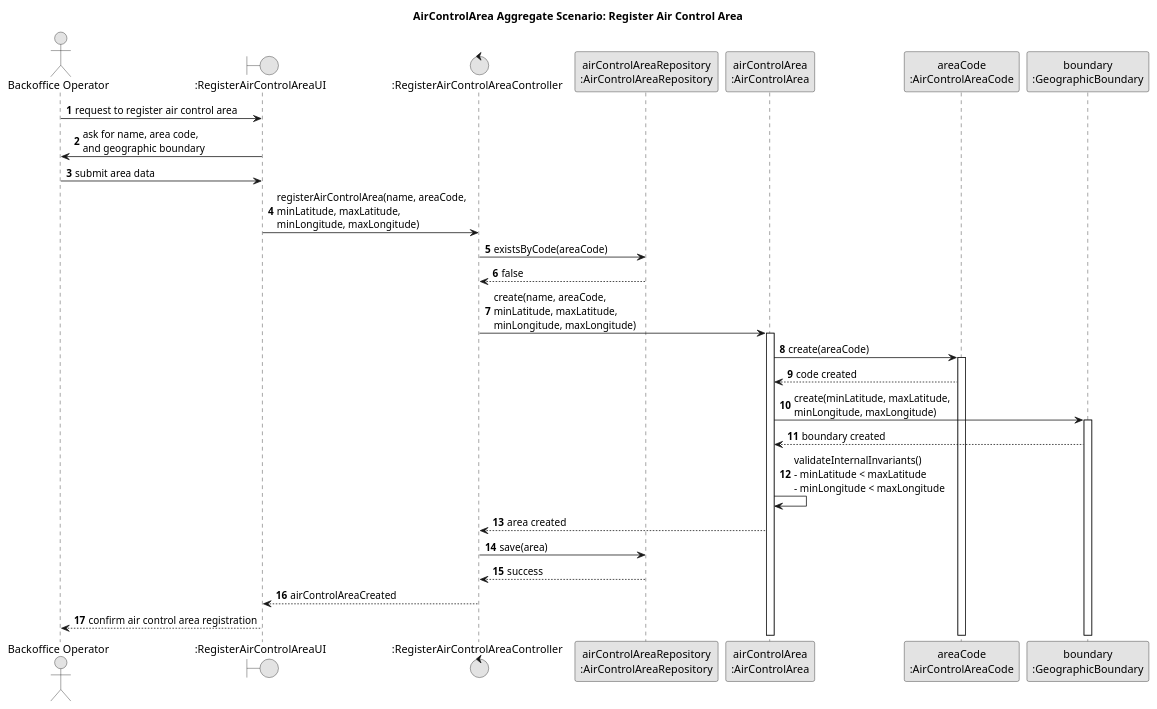
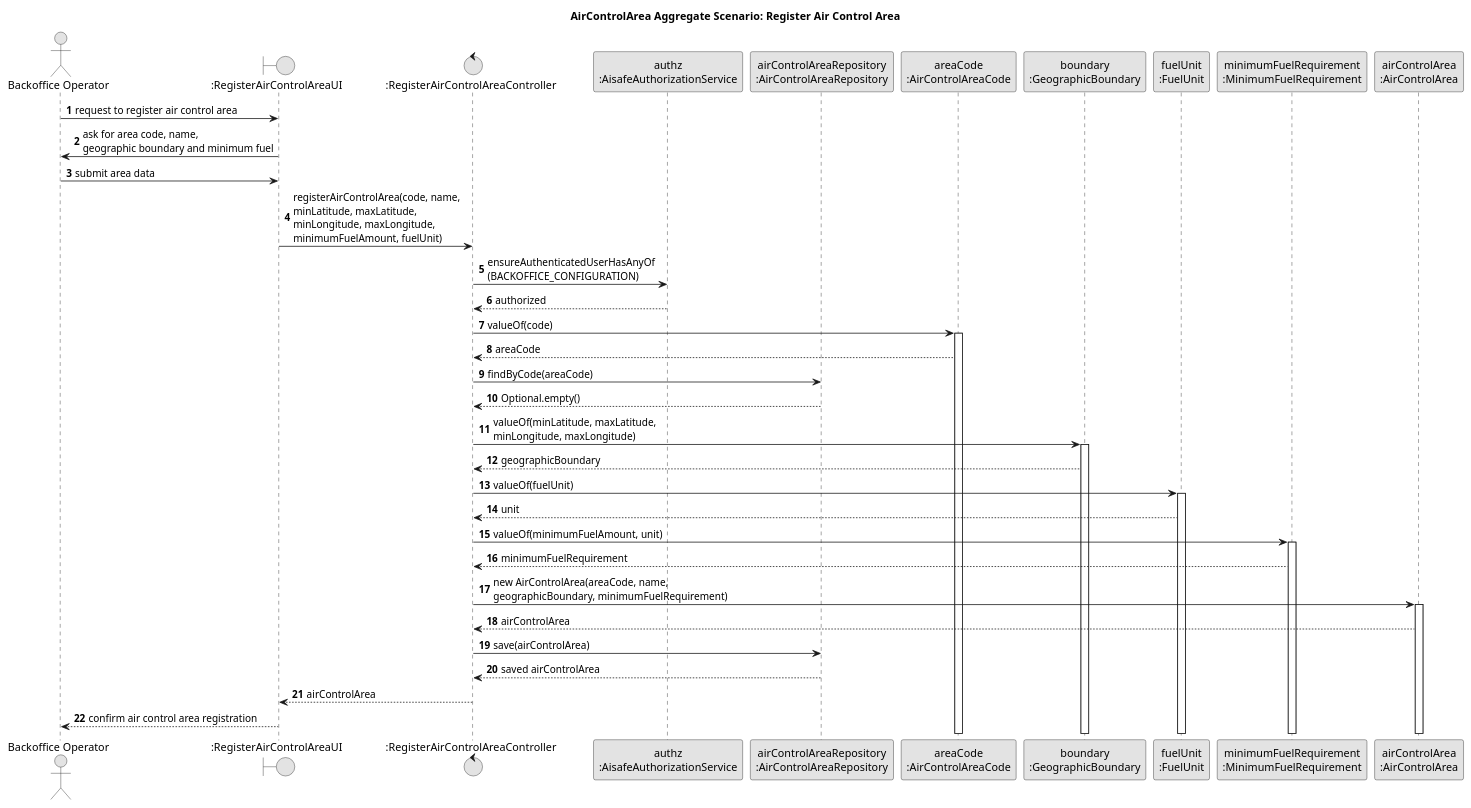
One commit to GustavoFerreira24/flight-management-platform changed the diagram in docs/global-artifacts/03.design/puml/AirControlAreaAggregate-SD.puml. Above: the diagram before and after it, drawn with PlantUML. The commit also changed 10 other files, not shown here.

Commit message:
US078 (Code) - Implement Air Transport Company Collaborator remote access: add controller and operations for remote commands, define protocol for TCP communication. [#262]

```diff
--- a/docs/global-artifacts/03.design/puml/AirControlAreaAggregate-SD.puml
+++ b/docs/global-artifacts/03.design/puml/AirControlAreaAggregate-SD.puml
@@ -1,44 +1,54 @@
 @startuml
 title AirControlArea Aggregate Scenario: Register Air Control Area
 
 skinparam monochrome true
 skinparam packageStyle rectangle
 skinparam shadowing false
 
 autonumber
 
 actor "Backoffice Operator" as BO
 boundary ":RegisterAirControlAreaUI" as UI
 control ":RegisterAirControlAreaController" as C
+participant "authz\n:AisafeAuthorizationService" as Authz
 participant "airControlAreaRepository\n:AirControlAreaRepository" as AreaRepo
-participant "airControlArea\n:AirControlArea" as Area
 participant "areaCode\n:AirControlAreaCode" as AreaCode
 participant "boundary\n:GeographicBoundary" as Boundary
+participant "fuelUnit\n:FuelUnit" as FuelUnit
+participant "minimumFuelRequirement\n:MinimumFuelRequirement" as FuelRequirement
+participant "airControlArea\n:AirControlArea" as Area
 
 BO -> UI : request to register air control area
-UI -> BO : ask for name, area code,\nand geographic boundary
+UI -> BO : ask for area code, name,\ngeographic boundary and minimum fuel
 
 BO -> UI : submit area data
-UI -> C : registerAirControlArea(name, areaCode,\nminLatitude, maxLatitude,\nminLongitude, maxLongitude)
+UI -> C : registerAirControlArea(code, name,\nminLatitude, maxLatitude,\nminLongitude, maxLongitude,\nminimumFuelAmount, fuelUnit)
 
-C -> AreaRepo : existsByCode(areaCode)
-AreaRepo --> C : false
+C -> Authz : ensureAuthenticatedUserHasAnyOf\n(BACKOFFICE_CONFIGURATION)
+Authz --> C : authorized
 
-C -> Area ++ : create(name, areaCode,\nminLatitude, maxLatitude,\nminLongitude, maxLongitude)
+C -> AreaCode ++ : valueOf(code)
+AreaCode --> C : areaCode
 
-Area -> AreaCode ++ : create(areaCode)
-AreaCode --> Area : code created
+C -> AreaRepo : findByCode(areaCode)
+AreaRepo --> C : Optional.empty()
 
-Area -> Boundary ++ : create(minLatitude, maxLatitude,\nminLongitude, maxLongitude)
-Boundary --> Area : boundary created
+C -> Boundary ++ : valueOf(minLatitude, maxLatitude,\nminLongitude, maxLongitude)
+Boundary --> C : geographicBoundary
 
-Area -> Area : validateInternalInvariants()\n- minLatitude < maxLatitude\n- minLongitude < maxLongitude
-Area --> C : area created
+C -> FuelUnit ++ : valueOf(fuelUnit)
+FuelUnit --> C : unit
 
-C -> AreaRepo : save(area)
-AreaRepo --> C : success
+C -> FuelRequirement ++ : valueOf(minimumFuelAmount, unit)
+FuelRequirement --> C : minimumFuelRequirement
 
-C --> UI : airControlAreaCreated
+C -> Area ++ : new AirControlArea(areaCode, name,\ngeographicBoundary, minimumFuelRequirement)
+Area --> C : airControlArea
+
+C -> AreaRepo : save(airControlArea)
+AreaRepo --> C : saved airControlArea
+
+C --> UI : airControlArea
 UI --> BO : confirm air control area registration
 
 @enduml
```
